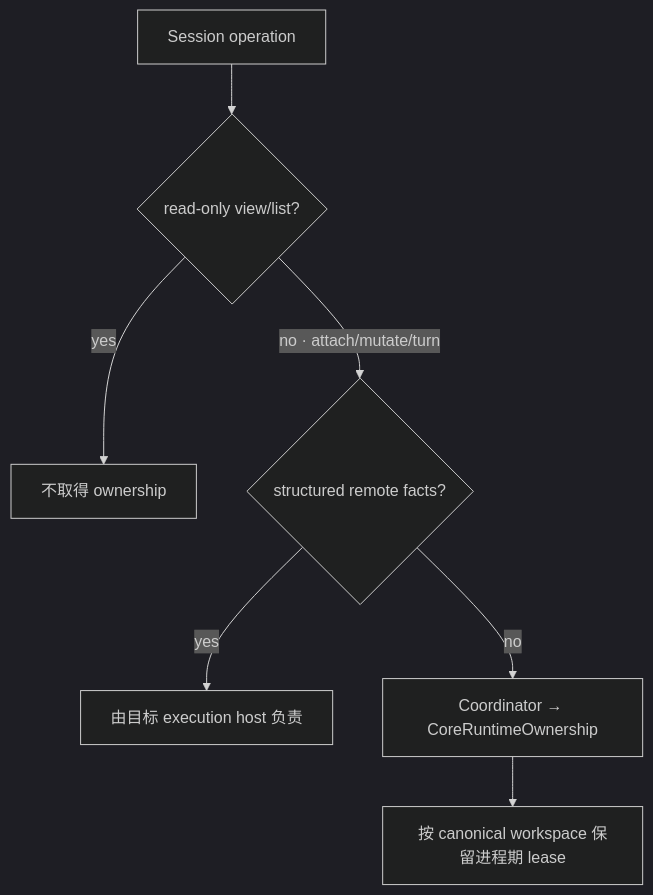
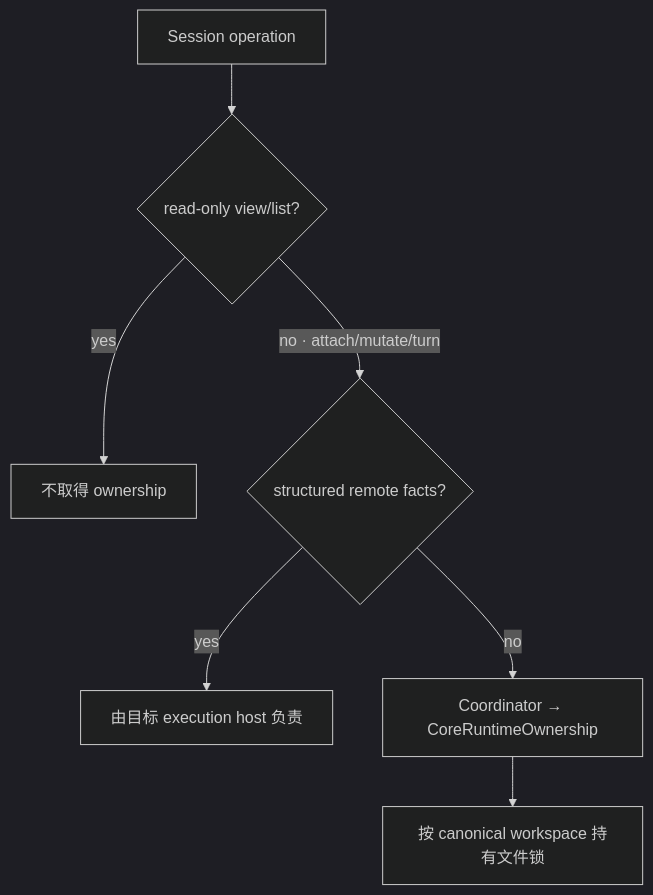
One commit to 1688mengdie/BitFun changed the fifth of 8 diagrams in docs/architecture/agent-runtime-deployment-design.md. Above: the diagram before and after it, drawn with Mermaid (dark theme). The commit also changed other lines of this file and 21 other files, not shown here.

````diff
--- a/docs/architecture/agent-runtime-deployment-design.md
+++ b/docs/architecture/agent-runtime-deployment-design.md
@@ -115,9 +116,9 @@
 ```mermaid
 flowchart TD
   Op["Session operation"] --> Read{"read-only view/list?"}
   Read -->|"yes"| NoLock["不取得 ownership"]
   Read -->|"no · attach/mutate/turn"| Remote{"structured remote facts?"}
   Remote -->|"yes"| RemoteHost["由目标 execution host 负责"]
   Remote -->|"no"| Gate["Coordinator → CoreRuntimeOwnership"]
-  Gate --> Lease["按 canonical workspace 保留进程期 lease"]
+  Gate --> Lock["按 canonical workspace 持有文件锁"]
 ```
````
